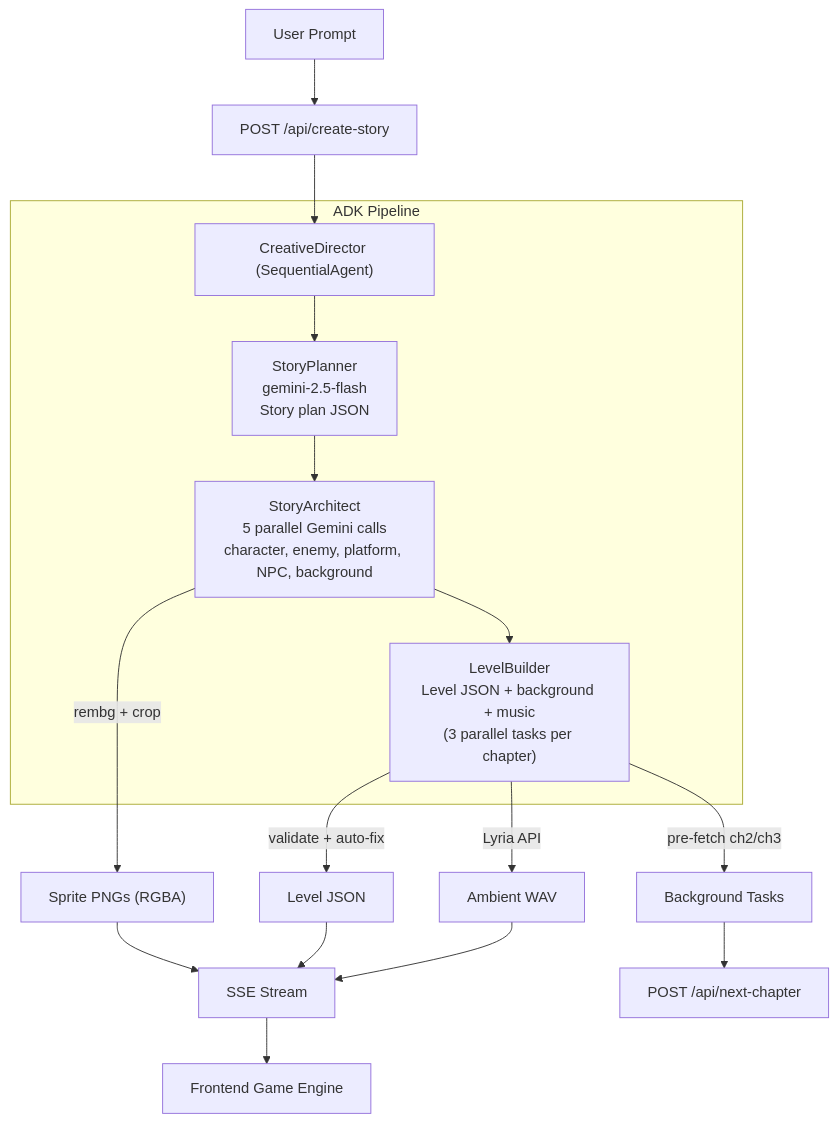
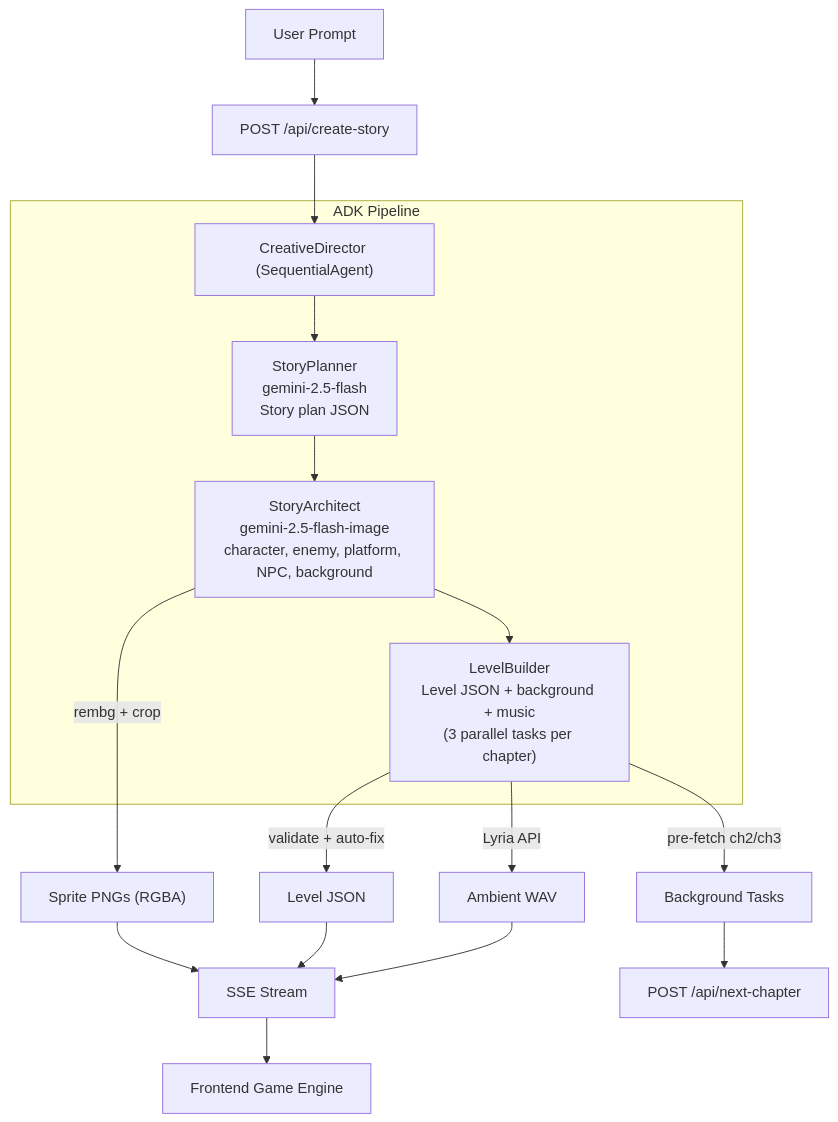
Before and after one commit to Rahul-sinha84/mirror-land-backend: the diagram in README.md, drawn with Mermaid. The commit also changed other lines of this file, not shown here.

First line of the commit message:
docs: update README with Creative Director, Google models, request flow, and design decisions

````diff
--- a/README.md
+++ b/README.md
@@ -35,23 +35,23 @@
 ```mermaid
 graph TD
     User["User Prompt"] --> API["POST /api/create-story"]
     API --> CD["CreativeDirector (SequentialAgent)"]
 
     subgraph adk [ADK Pipeline]
         CD --> SP["StoryPlanner<br/>gemini-2.5-flash<br/>Story plan JSON"]
-        SP --> SA["StoryArchitect<br/>5 parallel Gemini calls<br/>character, enemy, platform, NPC, background"]
+        SP --> SA["StoryArchitect<br/>gemini-2.5-flash-image<br/>character, enemy, platform, NPC, background"]
         SA --> LB["LevelBuilder<br/>Level JSON + background + music<br/>(3 parallel tasks per chapter)"]
     end
 
     SA -->|"rembg + crop"| Sprites["Sprite PNGs (RGBA)"]
     LB -->|"validate + auto-fix"| Level["Level JSON"]
     LB -->|"Lyria API"| Music["Ambient WAV"]
 
     Sprites --> SSE["SSE Stream"]
     Level --> SSE
     Music --> SSE
     SSE --> Frontend["Frontend Game Engine"]
 
     LB -->|"pre-fetch ch2/ch3"| Prefetch["Background Tasks"]
     Prefetch --> NextCh["POST /api/next-chapter"]
 ```
````
